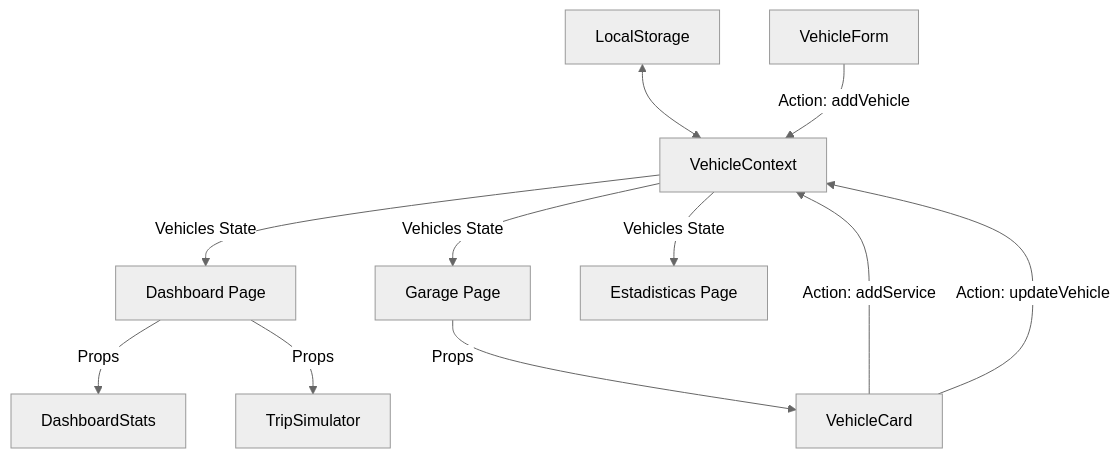
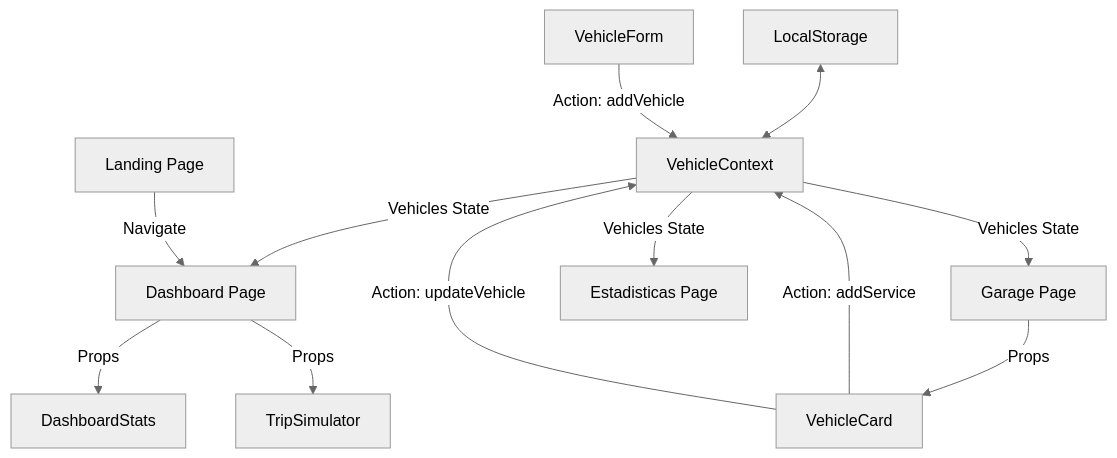
The diagram in ARCHITECTURE.md (KimJesus22/kim-garage-ops), drawn with Mermaid (neutral theme) before and after one commit. The commit also changed other lines of this file and 13 other files, not shown here.

````diff
--- a/ARCHITECTURE.md
+++ b/ARCHITECTURE.md
@@ -17,15 +19,16 @@
 ```mermaid
 graph TD
     Store[LocalStorage] <--> Context[VehicleContext]
     Context -->|Vehicles State| Dashboard[Dashboard Page]
     Context -->|Vehicles State| Garage[Garage Page]
     Context -->|Vehicles State| Stats[Estadisticas Page]
     
     Dashboard -->|Props| StatsComp[DashboardStats]
     Dashboard -->|Props| TripSim[TripSimulator]
     Garage -->|Props| Card[VehicleCard]
     
     Card -->|Action: addService| Context
     Card -->|Action: updateVehicle| Context
     Form[VehicleForm] -->|Action: addVehicle| Context
+    Landing[Landing Page] -->|Navigate| Dashboard
 ```
````
